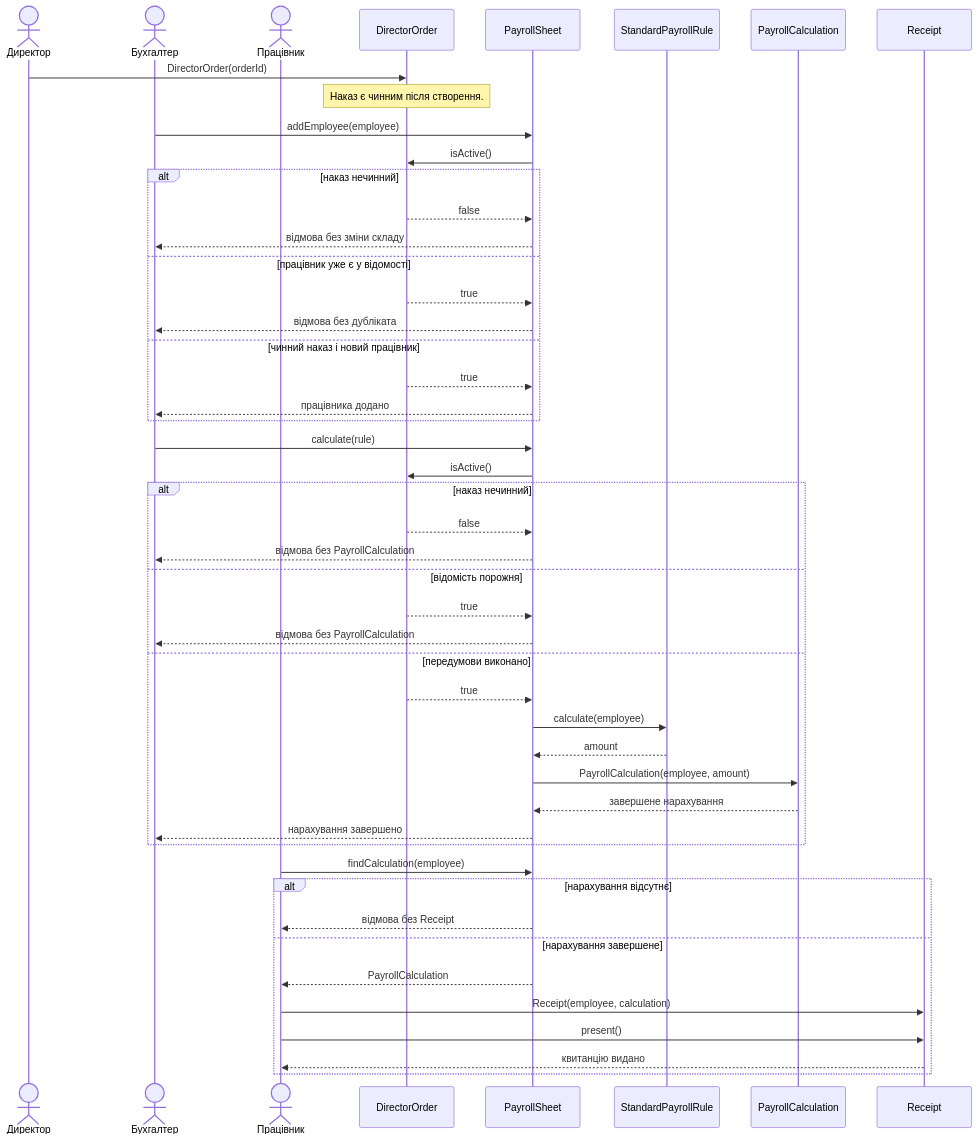
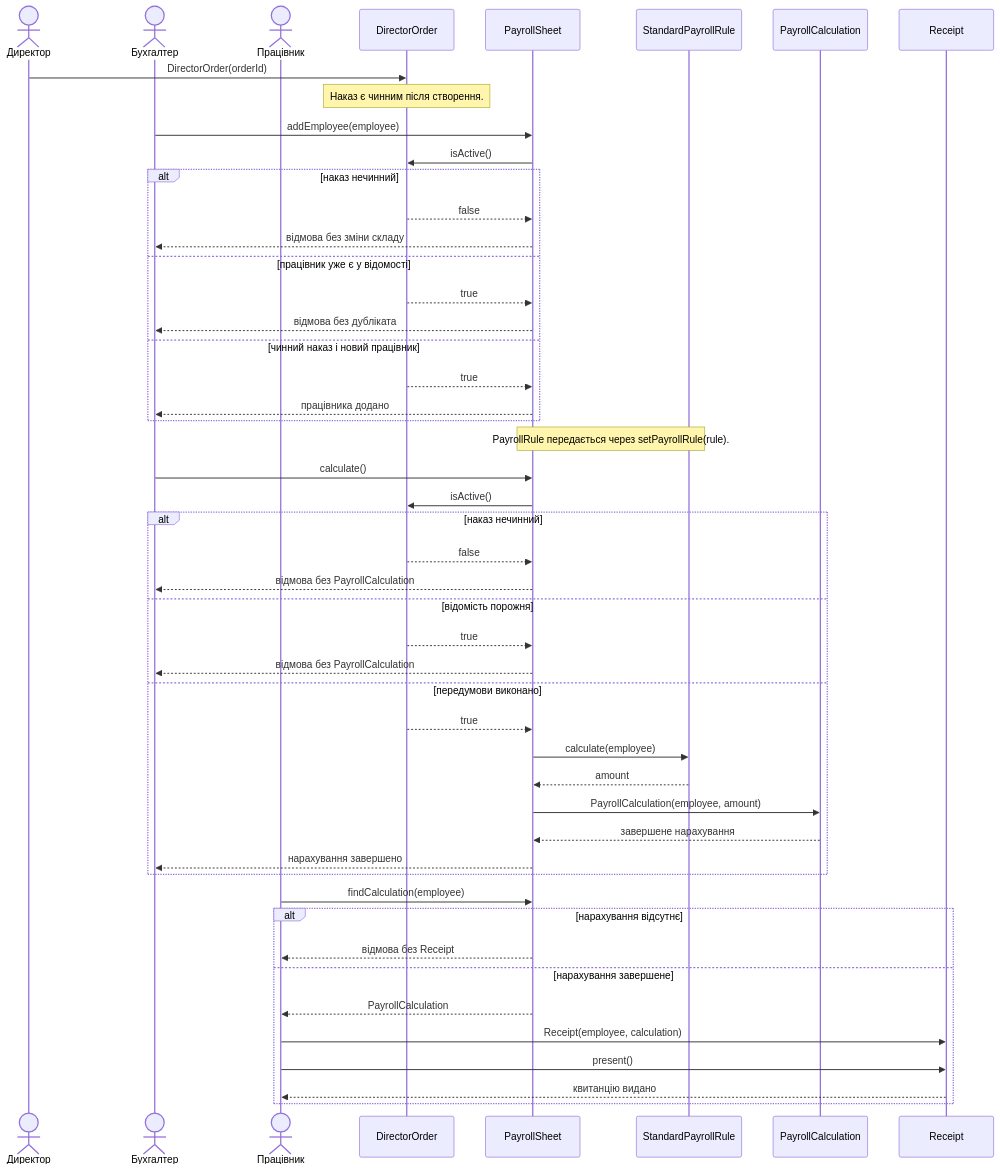
One commit to dmytro-ndp/payroll changed the diagram in docs/sequence.mmd. Above: the diagram before and after it, drawn with Mermaid. The commit also changed 8 other files, not shown here.

```diff
--- a/docs/sequence.mmd
+++ b/docs/sequence.mmd
@@ -1,52 +1,53 @@
 sequenceDiagram
     actor director as Директор
     actor accountant as Бухгалтер
     actor employee as Працівник
     participant order as DirectorOrder
     participant sheet as PayrollSheet
     participant rule as StandardPayrollRule
     participant calculation as PayrollCalculation
     participant receipt as Receipt
 
     director->>order: DirectorOrder(orderId)
     Note over order: Наказ є чинним після створення.
 
     accountant->>sheet: addEmployee(employee)
     sheet->>order: isActive()
     alt наказ нечинний
         order-->>sheet: false
         sheet-->>accountant: відмова без зміни складу
     else працівник уже є у відомості
         order-->>sheet: true
         sheet-->>accountant: відмова без дубліката
     else чинний наказ і новий працівник
         order-->>sheet: true
         sheet-->>accountant: працівника додано
     end
 
-    accountant->>sheet: calculate(rule)
+    Note over sheet,rule: PayrollRule передається через setPayrollRule(rule).
+    accountant->>sheet: calculate()
     sheet->>order: isActive()
     alt наказ нечинний
         order-->>sheet: false
         sheet-->>accountant: відмова без PayrollCalculation
     else відомість порожня
         order-->>sheet: true
         sheet-->>accountant: відмова без PayrollCalculation
     else передумови виконано
         order-->>sheet: true
         sheet->>rule: calculate(employee)
         rule-->>sheet: amount
         sheet->>calculation: PayrollCalculation(employee, amount)
         calculation-->>sheet: завершене нарахування
         sheet-->>accountant: нарахування завершено
     end
 
     employee->>sheet: findCalculation(employee)
     alt нарахування відсутнє
         sheet-->>employee: відмова без Receipt
     else нарахування завершене
         sheet-->>employee: PayrollCalculation
         employee->>receipt: Receipt(employee, calculation)
         employee->>receipt: present()
         receipt-->>employee: квитанцію видано
     end
```
